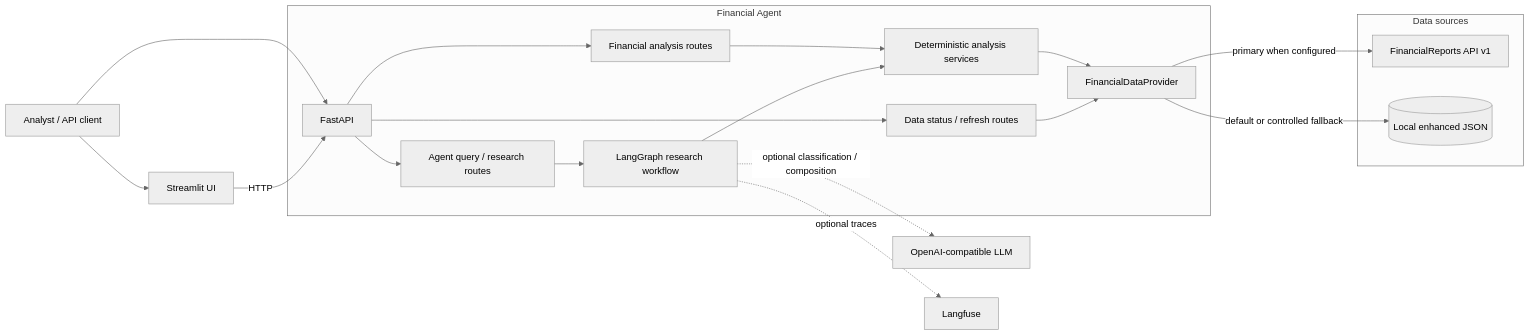
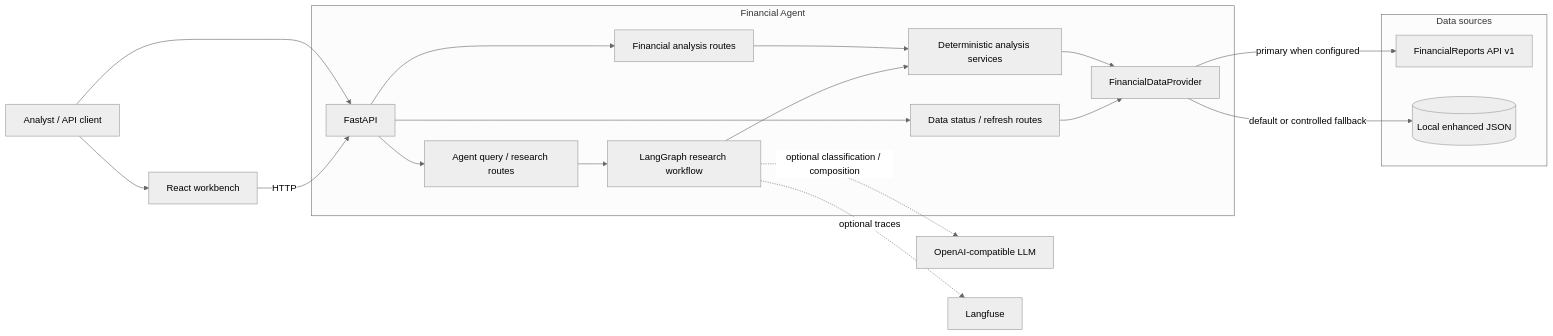
The first of 3 diagrams in ARCHITECTURE.md (johnny861110/Financial_Agent), drawn with Mermaid (neutral theme) before and after one commit. The commit also changed other lines of this file and 34 other files, not shown here.

````diff
--- a/ARCHITECTURE.md
+++ b/ARCHITECTURE.md
@@ -9,39 +9,39 @@
 ```mermaid
 flowchart LR
     User[Analyst / API client]
-    UI[Streamlit UI]
+    UI[React workbench]
 
     subgraph FA[Financial Agent]
         API[FastAPI]
         FinancialRoutes[Financial analysis routes]
         DataRoutes[Data status / refresh routes]
         AgentRoutes[Agent query / research routes]
         Services[Deterministic analysis services]
         Graph[LangGraph research workflow]
         Provider[FinancialDataProvider]
     end
 
     subgraph Sources[Data sources]
         FR[FinancialReports API v1]
         JSON[(Local enhanced JSON)]
     end
 
     LLM[OpenAI-compatible LLM]
     LF[Langfuse]
 
     User --> UI
     User --> API
     UI -->|HTTP| API
     API --> FinancialRoutes
     API --> DataRoutes
     API --> AgentRoutes
     FinancialRoutes --> Services
     AgentRoutes --> Graph
     Graph --> Services
     Services --> Provider
     DataRoutes --> Provider
     Provider -->|primary when configured| FR
     Provider -->|default or controlled fallback| JSON
     Graph -.->|optional classification / composition| LLM
     Graph -.->|optional traces| LF
 ```
````
